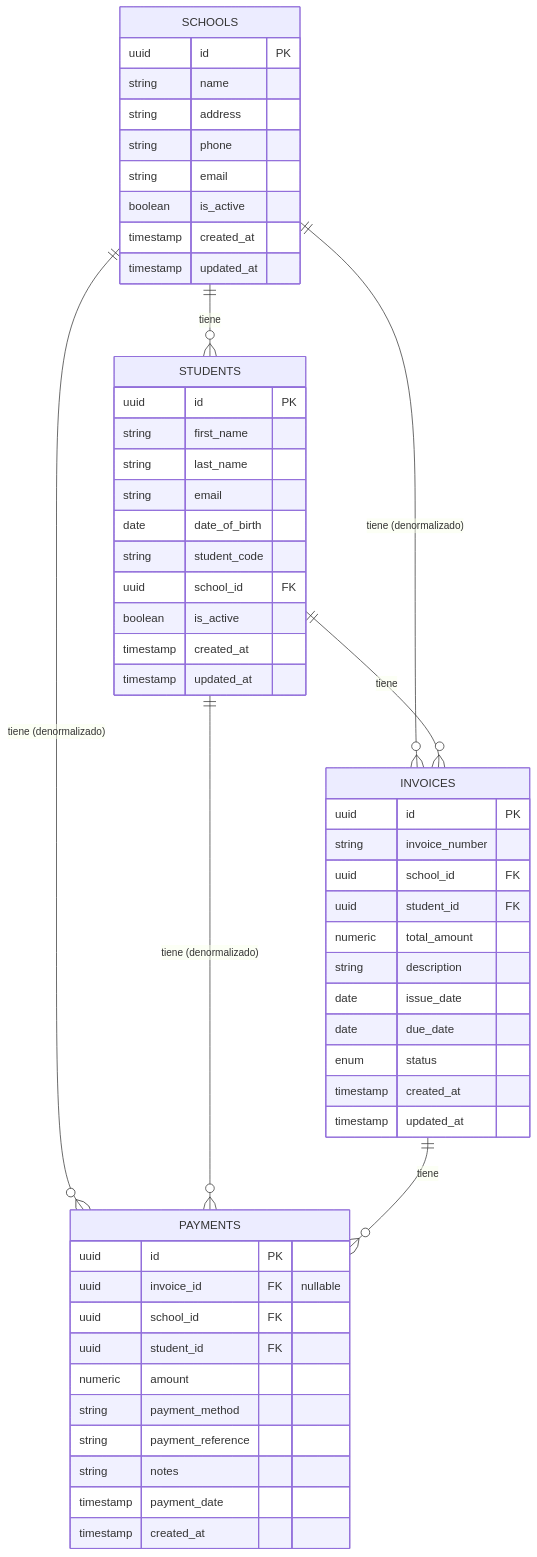
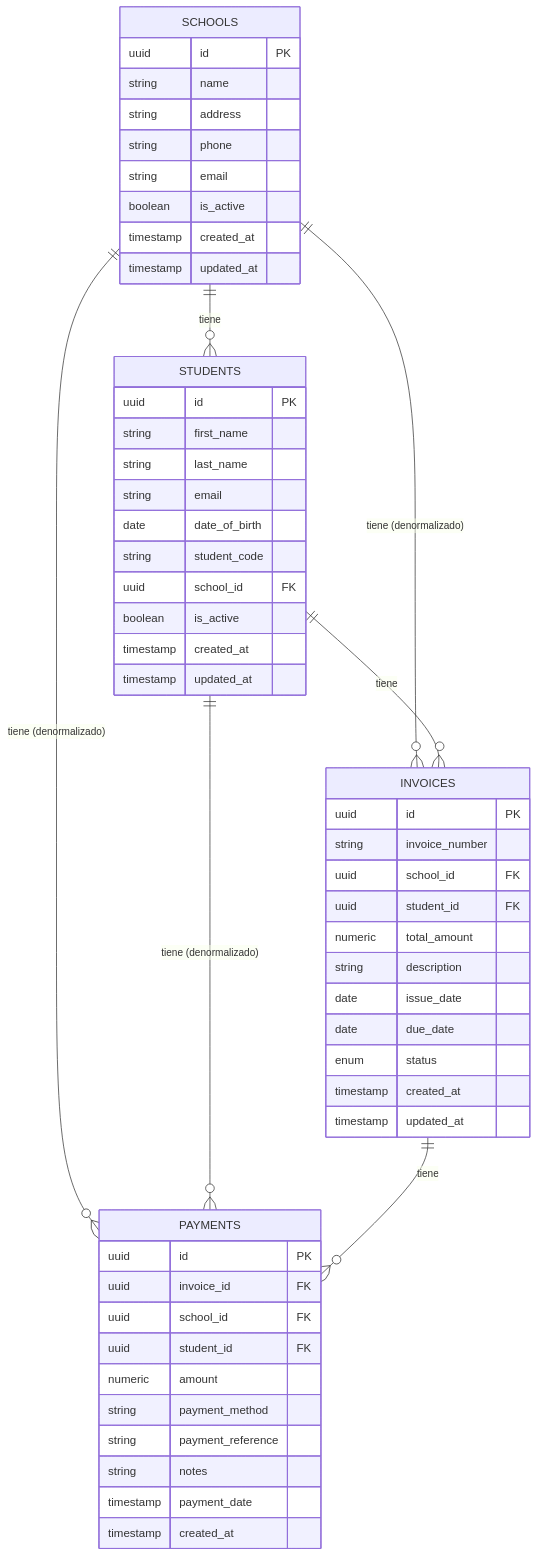
The diagram in README.md (lbritosm/mattilda-challenge), drawn with Mermaid before and after one commit. The commit also changed 10 other files, not shown here.

````diff
--- a/README.md
+++ b/README.md
@@ -365,60 +365,60 @@
 ```mermaid
 erDiagram
     SCHOOLS {
         uuid id PK
         string name
         string address
         string phone
         string email
         boolean is_active
         timestamp created_at
         timestamp updated_at
     }
     
     STUDENTS {
         uuid id PK
         string first_name
         string last_name
         string email
         date date_of_birth
         string student_code
         uuid school_id FK
         boolean is_active
         timestamp created_at
         timestamp updated_at
     }
     
     INVOICES {
         uuid id PK
         string invoice_number
         uuid school_id FK
         uuid student_id FK
         numeric total_amount
         string description
         date issue_date
         date due_date
         enum status
         timestamp created_at
         timestamp updated_at
     }
     
     PAYMENTS {
         uuid id PK
-        uuid invoice_id FK "nullable"
+        uuid invoice_id FK
         uuid school_id FK
         uuid student_id FK
         numeric amount
         string payment_method
         string payment_reference
         string notes
         timestamp payment_date
         timestamp created_at
     }
     
     SCHOOLS ||--o{ STUDENTS : "tiene"
     SCHOOLS ||--o{ INVOICES : "tiene (denormalizado)"
     SCHOOLS ||--o{ PAYMENTS : "tiene (denormalizado)"
     STUDENTS ||--o{ INVOICES : "tiene"
     STUDENTS ||--o{ PAYMENTS : "tiene (denormalizado)"
     INVOICES ||--o{ PAYMENTS : "tiene"
 ```
````
